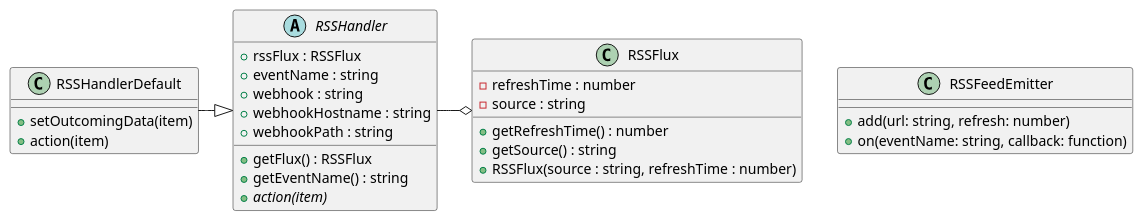
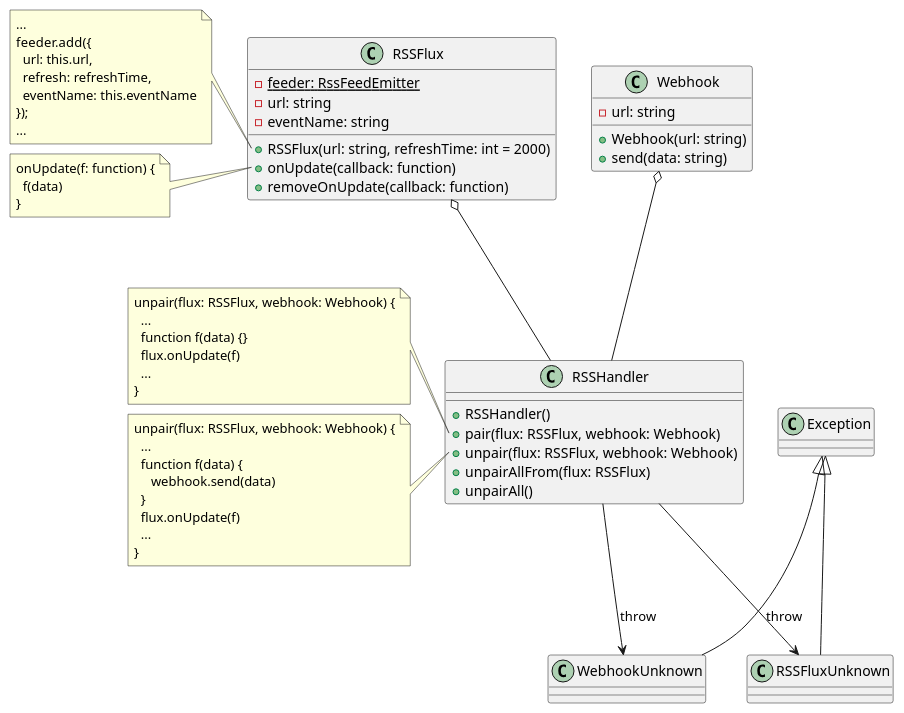
The diagram in diagrams/class-diagram.plantuml (TheBaronMc/rss_hook), drawn with PlantUML before and after one commit. The commit also changed 2 other files, not shown here.

Commit message:
debugging RSSFlux

```diff
--- a/diagrams/class-diagram.plantuml
+++ b/diagrams/class-diagram.plantuml
@@ -1,35 +1,72 @@
 @startuml
 
-class RSSFlux {
-    - refreshTime : number
-    - source : string
-    + getRefreshTime() : number
-    + getSource() : string
-    + RSSFlux(source : string, refreshTime : number)
+class WebhookUnknown extends Exception {}
+class RSSFluxUnknown extends Exception {}
+
+class Webhook {
+- url: string
++ Webhook(url: string)
++ send(data: string)
 }
 
-abstract RSSHandler {
-    + rssFlux : RSSFlux
-    + eventName : string
-    + webhook : string
-    + webhookHostname : string
-    + webhookPath : string
-    + getFlux() : RSSFlux
-    + getEventName() : string
-    + {abstract} action(item)
+class RSSFlux {
+- {static} feeder: RssFeedEmitter
+- url: string
+- eventName: string
++ RSSFlux(url: string, refreshTime: int = 2000)
++ onUpdate(callback: function)
++ removeOnUpdate(callback: function)
 }
 
-class RSSHandlerDefault {
-    + setOutcomingData(item) 
-    + action(item)
+class RSSHandler {
++ RSSHandler()
++ pair(flux: RSSFlux, webhook: Webhook)
++ unpair(flux: RSSFlux, webhook: Webhook)
++ unpairAllFrom(flux: RSSFlux)
++ unpairAll()
 }
 
-RSSHandler -o RSSFlux
-RSSHandlerDefault -|> RSSHandler
+RSSFlux o-- RSSHandler
+Webhook o-- RSSHandler
 
-class RSSFeedEmitter {
-    + add(url: string, refresh: number)
-    + on(eventName: string, callback: function)
+RSSHandler --> WebhookUnknown : throw
+RSSHandler --> RSSFluxUnknown : throw
+
+note left of RSSFlux::RSSFlux
+...
+feeder.add({
+  url: this.url,
+  refresh: refreshTime,
+  eventName: this.eventName
+});
+...
+end note
+
+note left of RSSFlux::onUpdate
+onUpdate(f: function) {
+  f(data)
 }
+end note
+
+note left of RSSHandler::pair
+unpair(flux: RSSFlux, webhook: Webhook) {
+  ...
+  function f(data) {}
+  flux.onUpdate(f)
+  ...
+}
+end note
+
+note left of RSSHandler::unpair
+unpair(flux: RSSFlux, webhook: Webhook) {
+  ...
+  function f(data) {
+     webhook.send(data)
+  }
+  flux.onUpdate(f)
+  ...
+}
+end note
+
 
 @enduml
```
